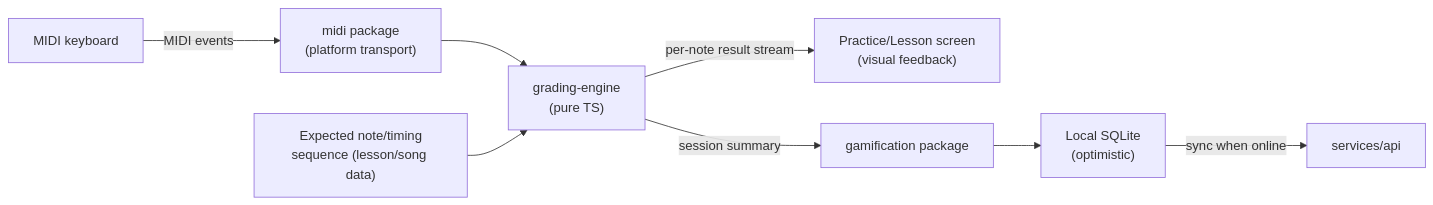
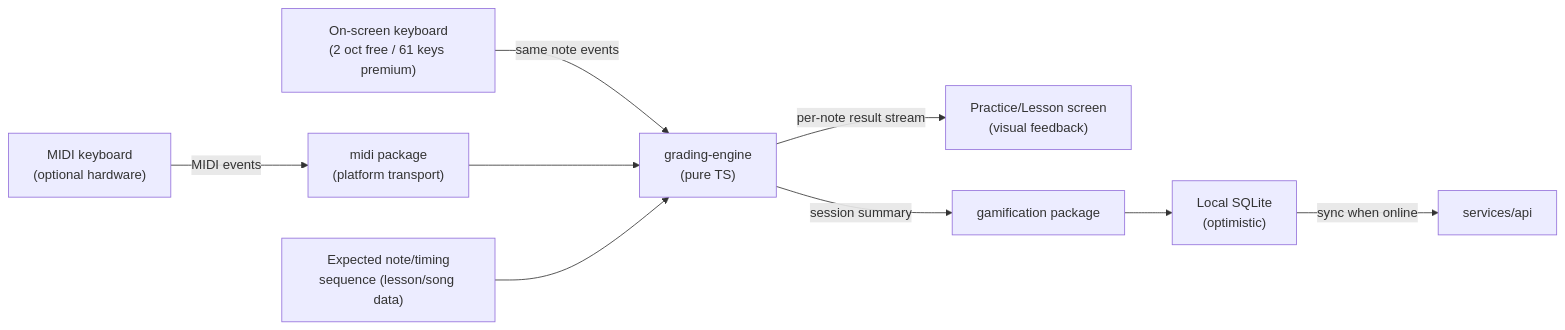
One commit to IndraKar/keyboard-app changed the first of 2 diagrams in docs/02-technical-architecture.md. Above: the diagram before and after it, drawn with Mermaid. The commit also changed other lines of this file and 4 other files, not shown here.

First line of the commit message:
Lock tier 1-3 free / tier 4 premium; keyboard in every category

````diff
--- a/docs/02-technical-architecture.md
+++ b/docs/02-technical-architecture.md
@@ -170,10 +174,11 @@
 ```mermaid
 flowchart LR
-    MIDIkbd["MIDI keyboard"] -->|MIDI events| Transport["midi package<br/>(platform transport)"]
+    MIDIkbd["MIDI keyboard<br/>(optional hardware)"] -->|MIDI events| Transport["midi package<br/>(platform transport)"]
+    OnScreen["On-screen keyboard<br/>(2 oct free / 61 keys premium)"] -->|same note events| Grading
     Transport --> Grading["grading-engine<br/>(pure TS)"]
     Expected["Expected note/timing<br/>sequence (lesson/song data)"] --> Grading
     Grading -->|per-note result stream| UI["Practice/Lesson screen<br/>(visual feedback)"]
     Grading -->|session summary| Gamification["gamification package"]
     Gamification --> LocalDB["Local SQLite<br/>(optimistic)"]
     LocalDB -->|sync when online| API["services/api"]
 ```
````
